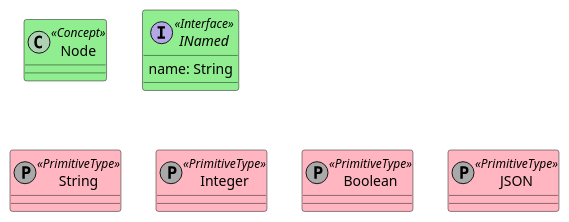
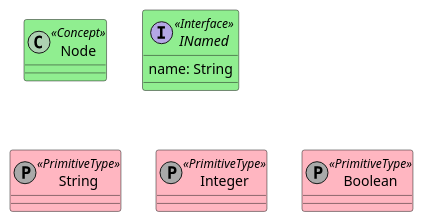
One commit to LionWeb-io/specification changed the diagram in metametamodel/builtins.puml. Above: the diagram before and after it, drawn with PlantUML.

Commit message:
removed JSON from M3 spec diagram

```diff
--- a/metametamodel/builtins.puml
+++ b/metametamodel/builtins.puml
@@ -1,22 +1,20 @@
 @startuml
 
 'class language as "LionCore_builtins" <<(L,lightgray) Language>>
 
 class Node <<Concept>> #LightGreen
 
 interface INamed <<Interface>> #LightGreen {
   name: String
 }
 
 class String <<(P, darkgray) PrimitiveType>> #LightPink
 class Integer <<(P, darkgray) PrimitiveType>> #LightPink
 class Boolean <<(P, darkgray) PrimitiveType>> #LightPink
-class JSON <<(P, darkgray) PrimitiveType>> #LightPink
 
 Node -[hidden]- String
 
 String -[hidden] Integer
 Integer -[hidden] Boolean
-Boolean -[hidden] JSON
 
 @enduml
```
